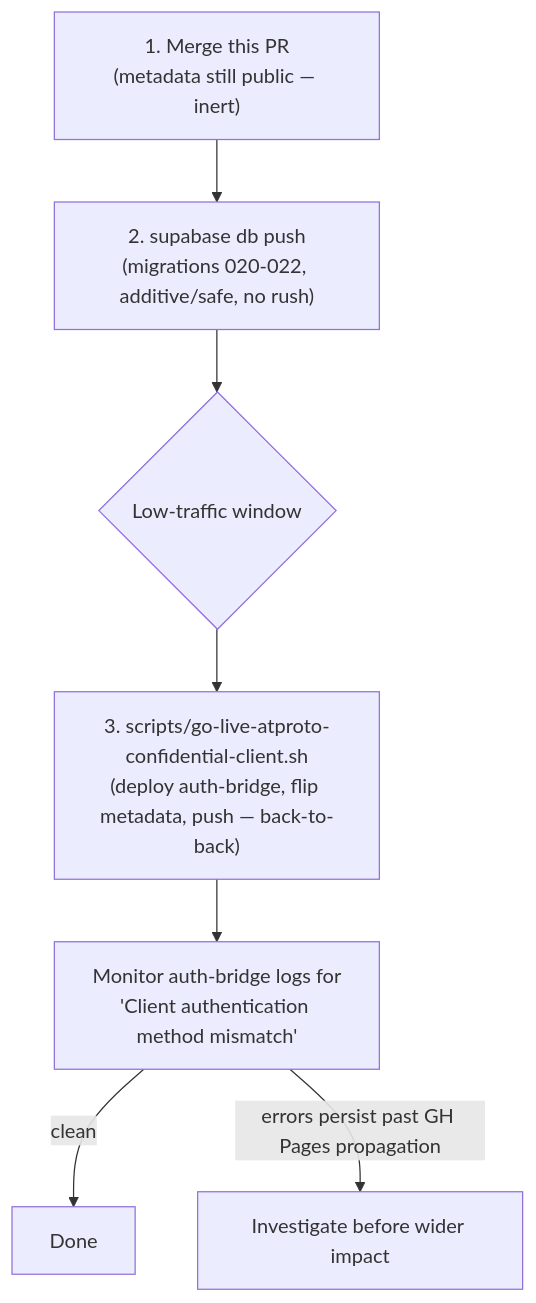
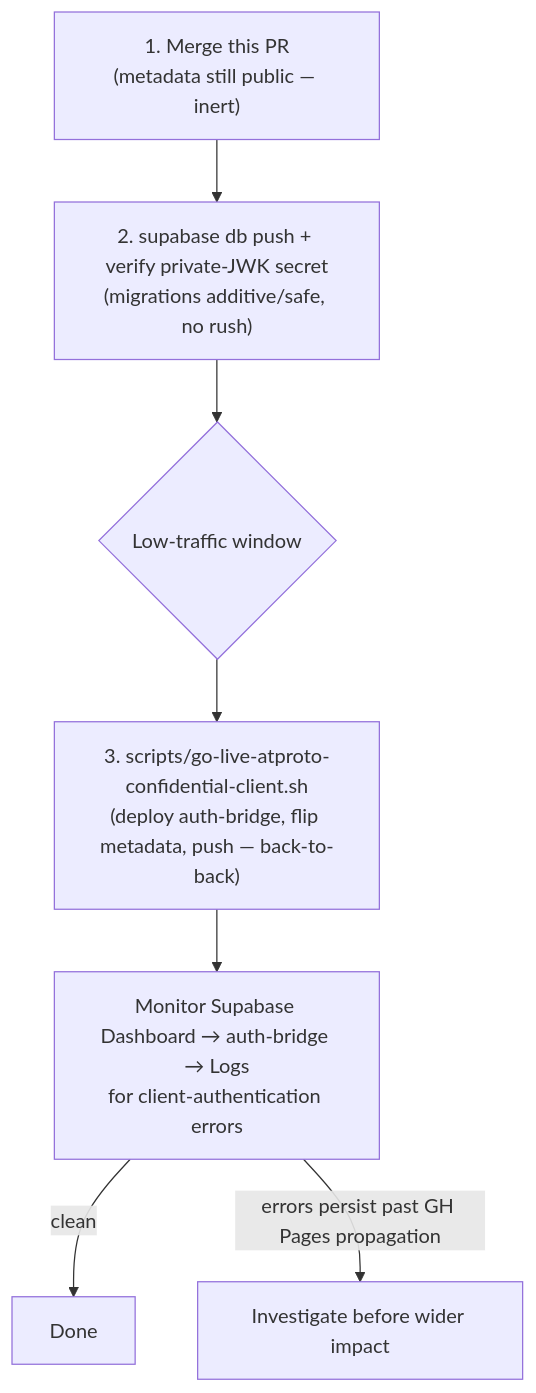
Before and after one commit to fettstorch/mustard: the third of 3 diagrams in specs/atproto-auth/sketch.md, drawn with Mermaid. The commit also changed other lines of this file and 5 other files, not shown here.

````diff
--- a/specs/atproto-auth/sketch.md
+++ b/specs/atproto-auth/sketch.md
@@ -191,9 +192,9 @@
 ```mermaid
 flowchart TD
-    A["1. Merge this PR<br/>(metadata still public — inert)"] --> B["2. supabase db push<br/>(migrations 020-022, additive/safe, no rush)"]
+    A["1. Merge this PR<br/>(metadata still public — inert)"] --> B["2. supabase db push + verify private-JWK secret<br/>(migrations additive/safe, no rush)"]
     B --> C{"Low-traffic window"}
     C --> D["3. scripts/go-live-atproto-confidential-client.sh<br/>(deploy auth-bridge, flip metadata, push — back-to-back)"]
-    D --> F["Monitor auth-bridge logs for<br/>'Client authentication method mismatch'"]
+    D --> F["Monitor Supabase Dashboard → auth-bridge → Logs<br/>for client-authentication errors"]
     F -->|clean| G[Done]
     F -->|errors persist past GH Pages propagation| H[Investigate before wider impact]
 ```
````
